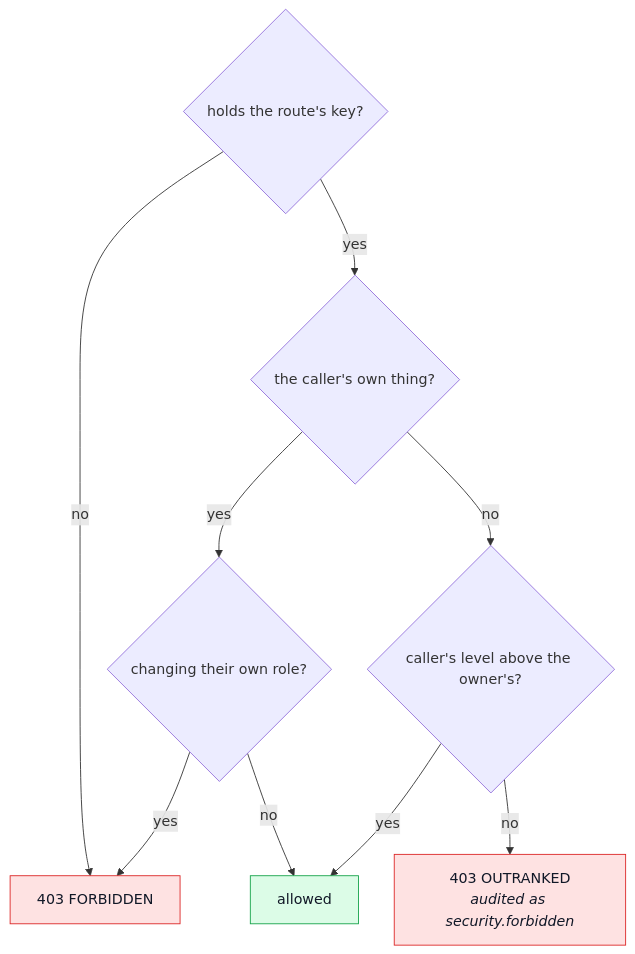
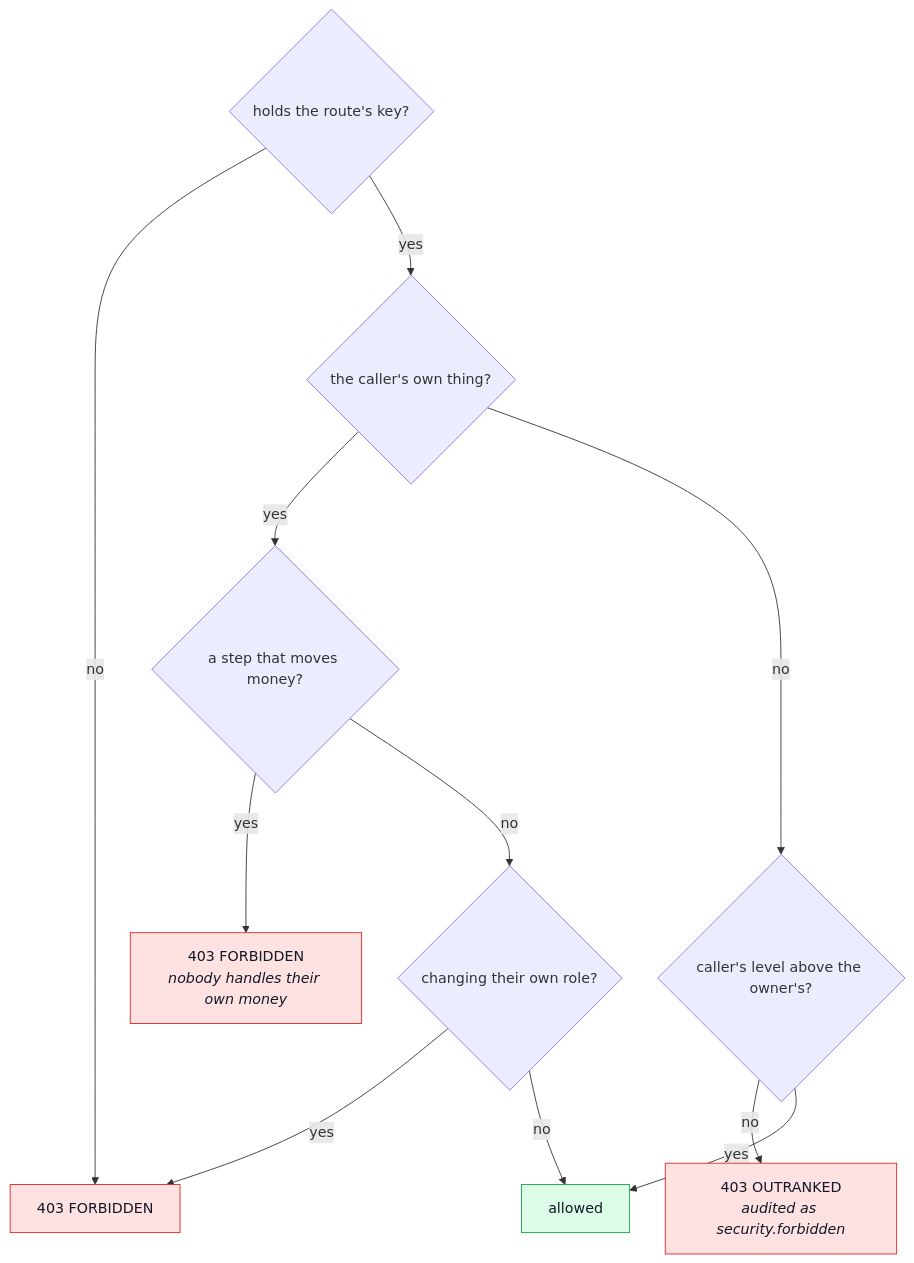
Before and after one commit to Guebbit/boilerplate-node-backend: the second of 2 diagrams in docs/theory/authorization.md, drawn with Mermaid. The commit also changed other lines of this file and 33 other files, not shown here.

Commit message:
feat(access): nobody handles their own money, and rank POST /orders by the buyer

````diff
--- a/docs/theory/authorization.md
+++ b/docs/theory/authorization.md
@@ -166,20 +167,22 @@
 ```mermaid
 %%{init: {'flowchart': {'nodeSpacing': 40, 'rankSpacing': 45}}}%%
 flowchart TD
     accTitle: How a write on someone else's thing is decided
-    accDescr: The route first requires the key. A write on the caller's own thing is allowed, except changing their own role. Otherwise the owner's level is read from the database and compared with the caller's, and a caller who does not rank strictly above the owner is refused with OUTRANKED.
+    accDescr: The route first requires the key. A write on the caller's own thing is allowed, except changing their own role and the four steps that move money, which answer FORBIDDEN. Otherwise the owner's level is read from the database and compared with the caller's, and a caller who does not rank strictly above the owner is refused with OUTRANKED.
 
     K{"holds the route's key?"} -- no --> F403["403 FORBIDDEN"]
     K -- yes --> O{"the caller's own thing?"}
-    O -- yes --> R{"changing their own role?"}
+    O -- yes --> M{"a step that moves money?"}
+    M -- yes --> OWN["403 FORBIDDEN<br/><i>nobody handles their own money</i>"]
+    M -- no --> R{"changing their own role?"}
     R -- yes --> F403
     R -- no --> OK["allowed"]
     O -- no --> L{"caller's level above the owner's?"}
     L -- no --> OUT["403 OUTRANKED<br/><i>audited as security.forbidden</i>"]
     L -- yes --> OK
 
     classDef good fill:#dcfce7,stroke:#16a34a,color:#111827;
     classDef bad fill:#fee2e2,stroke:#dc2626,color:#111827;
     class OK good;
-    class F403,OUT bad;
+    class F403,OUT,OWN bad;
 ```
````
